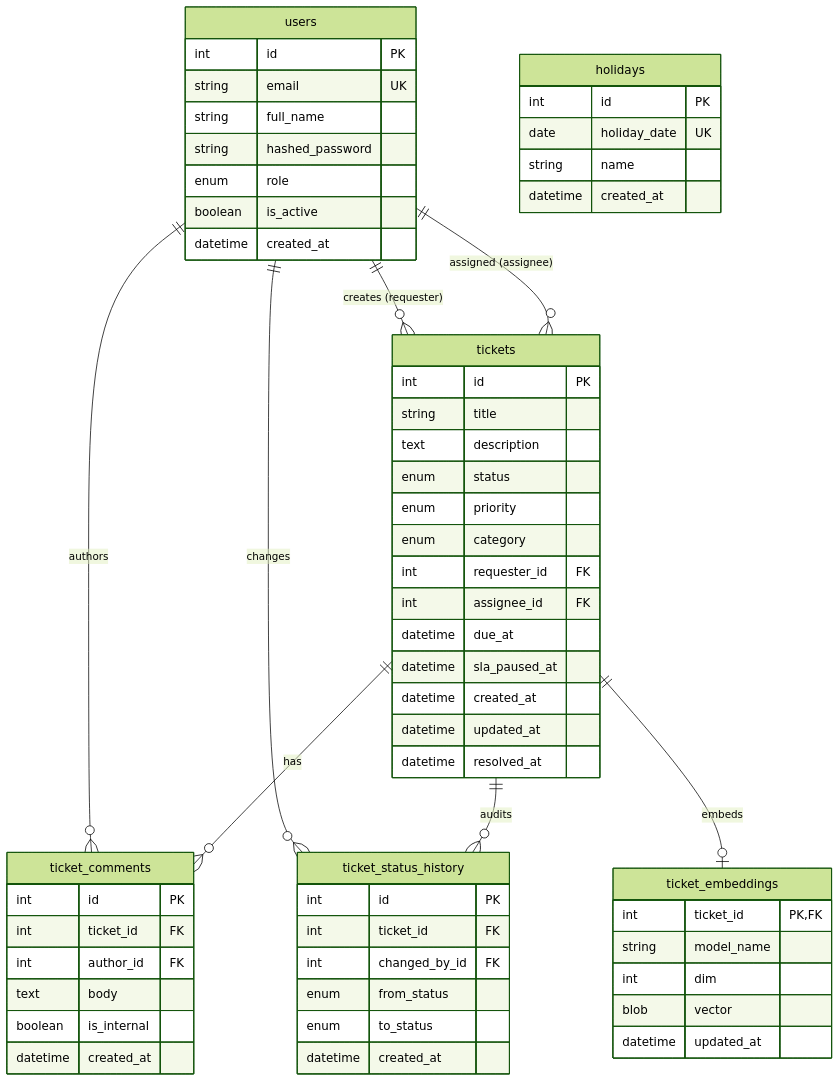
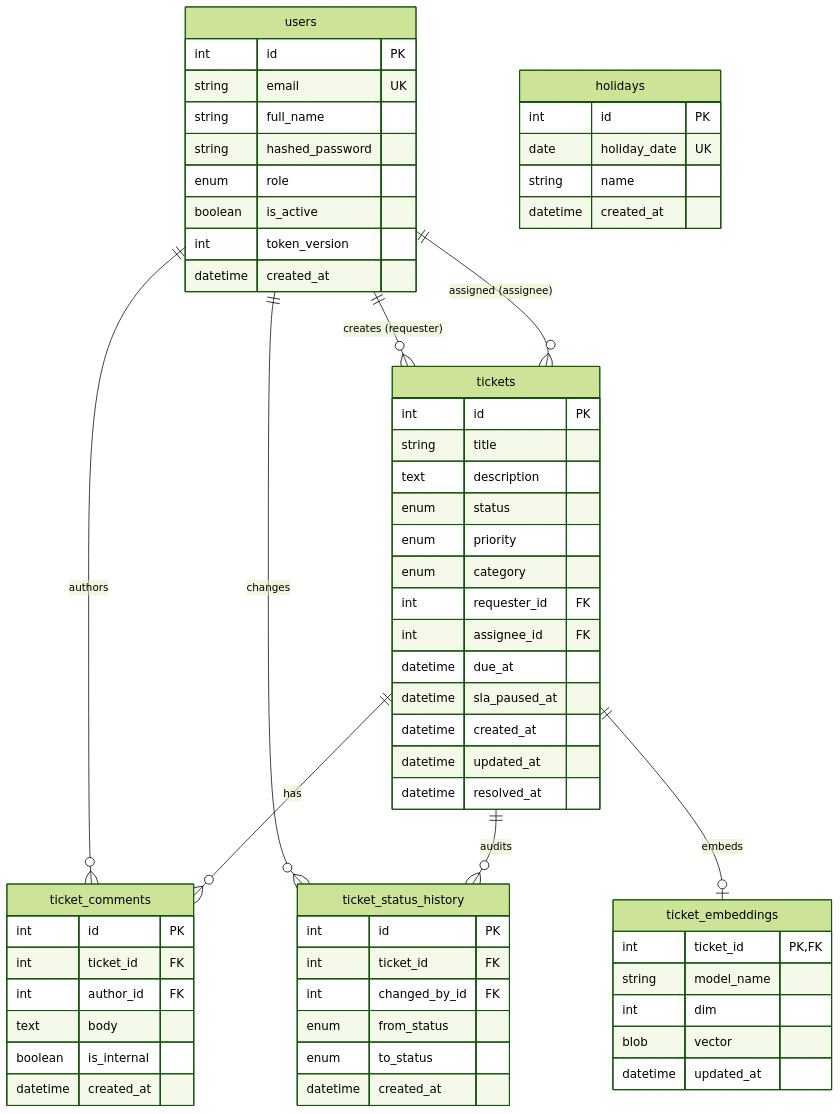
One commit to praneeth-hari/ServiceDesk-AI changed the third of 3 diagrams in README.md. Above: the diagram before and after it, drawn with Mermaid (forest theme). The commit also changed other lines of this file and 9 other files, not shown here.

````diff
--- a/README.md
+++ b/README.md
@@ -136,69 +140,70 @@
 ```mermaid
 erDiagram
     users {
         int id PK
         string email UK
         string full_name
         string hashed_password
         enum role
         boolean is_active
+        int token_version
         datetime created_at
     }
 
     tickets {
         int id PK
         string title
         text description
         enum status
         enum priority
         enum category
         int requester_id FK
         int assignee_id FK
         datetime due_at
         datetime sla_paused_at
         datetime created_at
         datetime updated_at
         datetime resolved_at
     }
 
     holidays {
         int id PK
         date holiday_date UK
         string name
         datetime created_at
     }
 
     ticket_comments {
         int id PK
         int ticket_id FK
         int author_id FK
         text body
         boolean is_internal
         datetime created_at
     }
 
     ticket_status_history {
         int id PK
         int ticket_id FK
         int changed_by_id FK
         enum from_status
         enum to_status
         datetime created_at
     }
 
     ticket_embeddings {
         int ticket_id PK,FK
         string model_name
         int dim
         blob vector
         datetime updated_at
     }
 
     users ||--o{ tickets : "creates (requester)"
     users ||--o{ tickets : "assigned (assignee)"
     users ||--o{ ticket_comments : "authors"
     users ||--o{ ticket_status_history : "changes"
     tickets ||--o{ ticket_comments : "has"
     tickets ||--o{ ticket_status_history : "audits"
     tickets ||--o| ticket_embeddings : "embeds"
 ```
````
